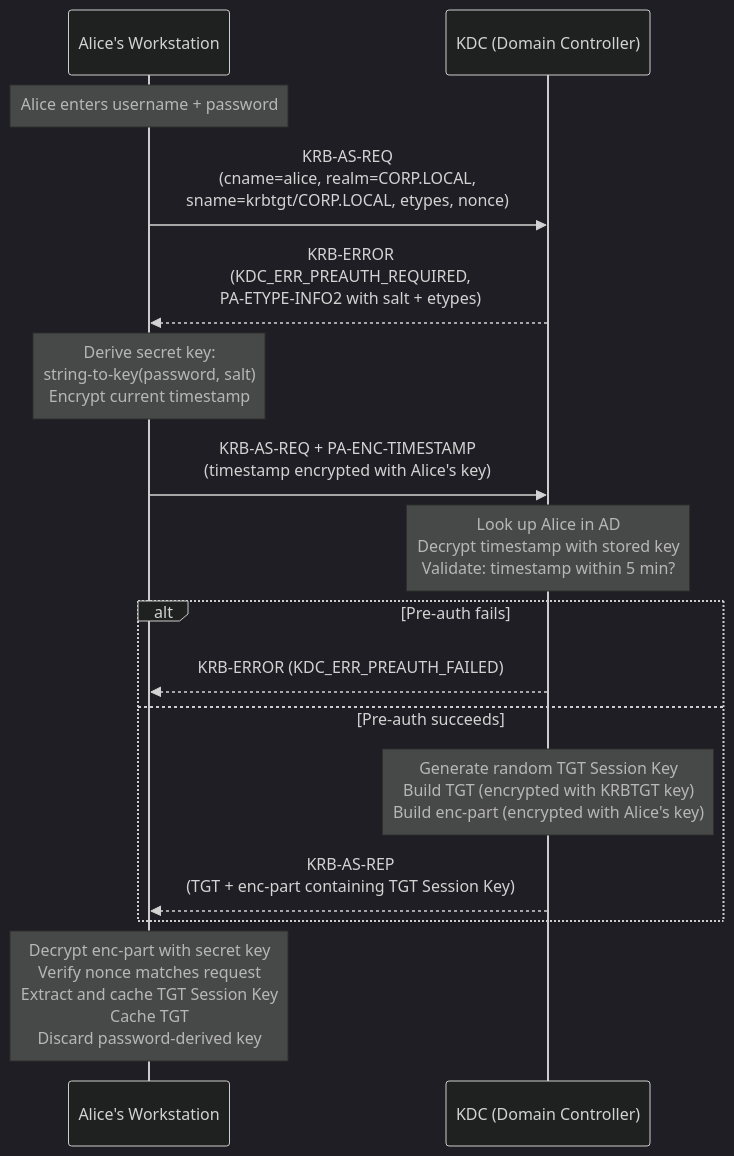
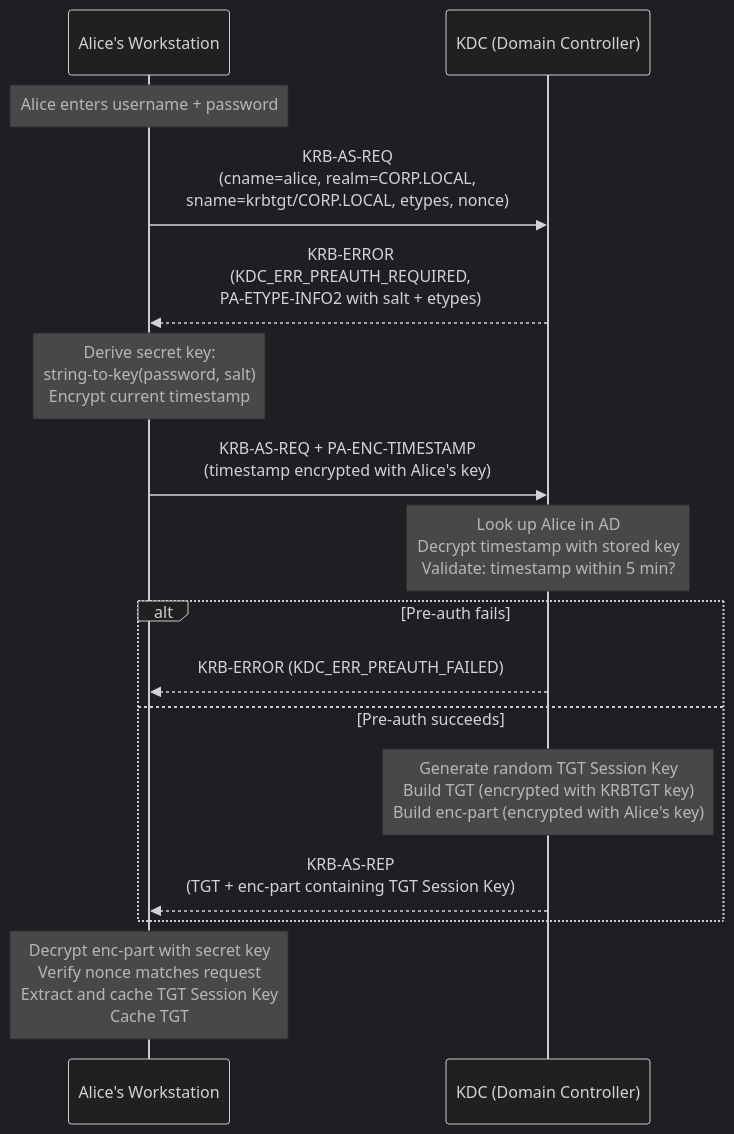
One commit to StrongWind1/Kerberos changed the diagram in content/protocol/as-exchange.md. Above: the diagram before and after it, drawn with Mermaid (dark theme). The commit also changed other lines of this file and 117 other files, not shown here.

````diff
--- a/content/protocol/as-exchange.md
+++ b/content/protocol/as-exchange.md
@@ -170,26 +177,26 @@
 ```mermaid
 sequenceDiagram
     participant C as Alice's Workstation
     participant KDC as KDC (Domain Controller)
 
     Note over C: Alice enters username + password
 
     C->>KDC: KRB-AS-REQ<br/>(cname=alice, realm=CORP.LOCAL,<br/>sname=krbtgt/CORP.LOCAL, etypes, nonce)
 
     KDC-->>C: KRB-ERROR<br/>(KDC_ERR_PREAUTH_REQUIRED,<br/>PA-ETYPE-INFO2 with salt + etypes)
 
     Note over C: Derive secret key:<br/>string-to-key(password, salt)<br/>Encrypt current timestamp
 
     C->>KDC: KRB-AS-REQ + PA-ENC-TIMESTAMP<br/>(timestamp encrypted with Alice's key)
 
     Note over KDC: Look up Alice in AD<br/>Decrypt timestamp with stored key<br/>Validate: timestamp within 5 min?
 
     alt Pre-auth fails
         KDC-->>C: KRB-ERROR (KDC_ERR_PREAUTH_FAILED)
     else Pre-auth succeeds
         Note over KDC: Generate random TGT Session Key<br/>Build TGT (encrypted with KRBTGT key)<br/>Build enc-part (encrypted with Alice's key)
         KDC-->>C: KRB-AS-REP<br/>(TGT + enc-part containing TGT Session Key)
     end
 
-    Note over C: Decrypt enc-part with secret key<br/>Verify nonce matches request<br/>Extract and cache TGT Session Key<br/>Cache TGT<br/>Discard password-derived key
+    Note over C: Decrypt enc-part with secret key<br/>Verify nonce matches request<br/>Extract and cache TGT Session Key<br/>Cache TGT
 ```
````
